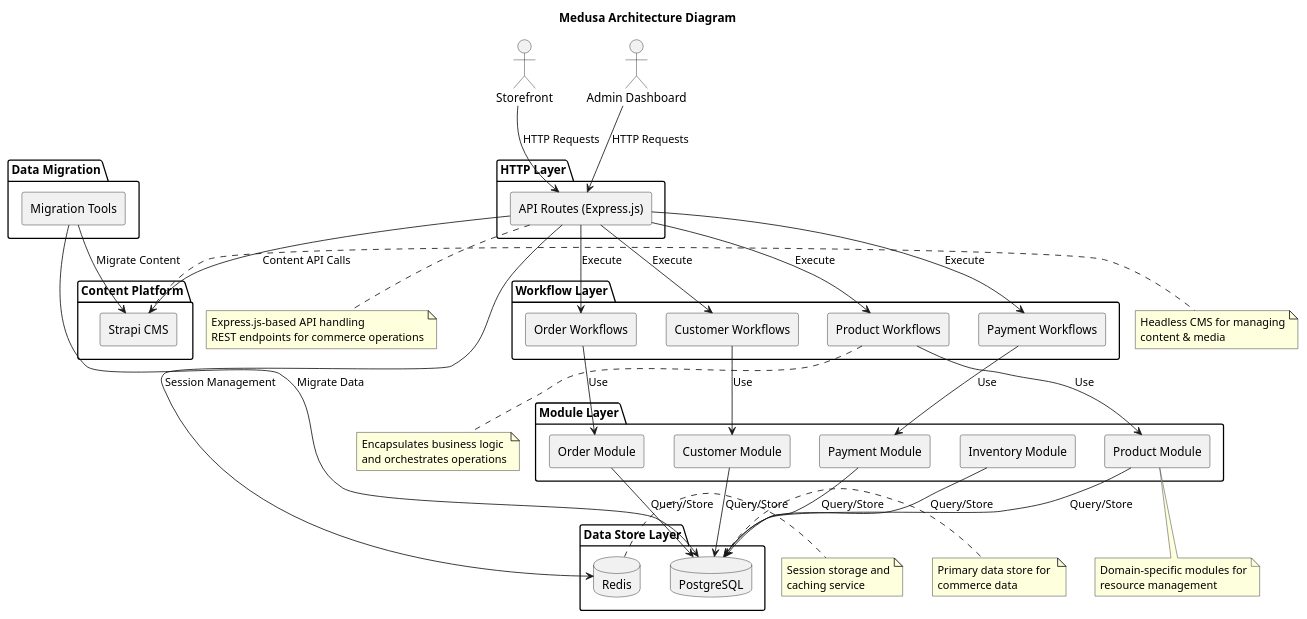
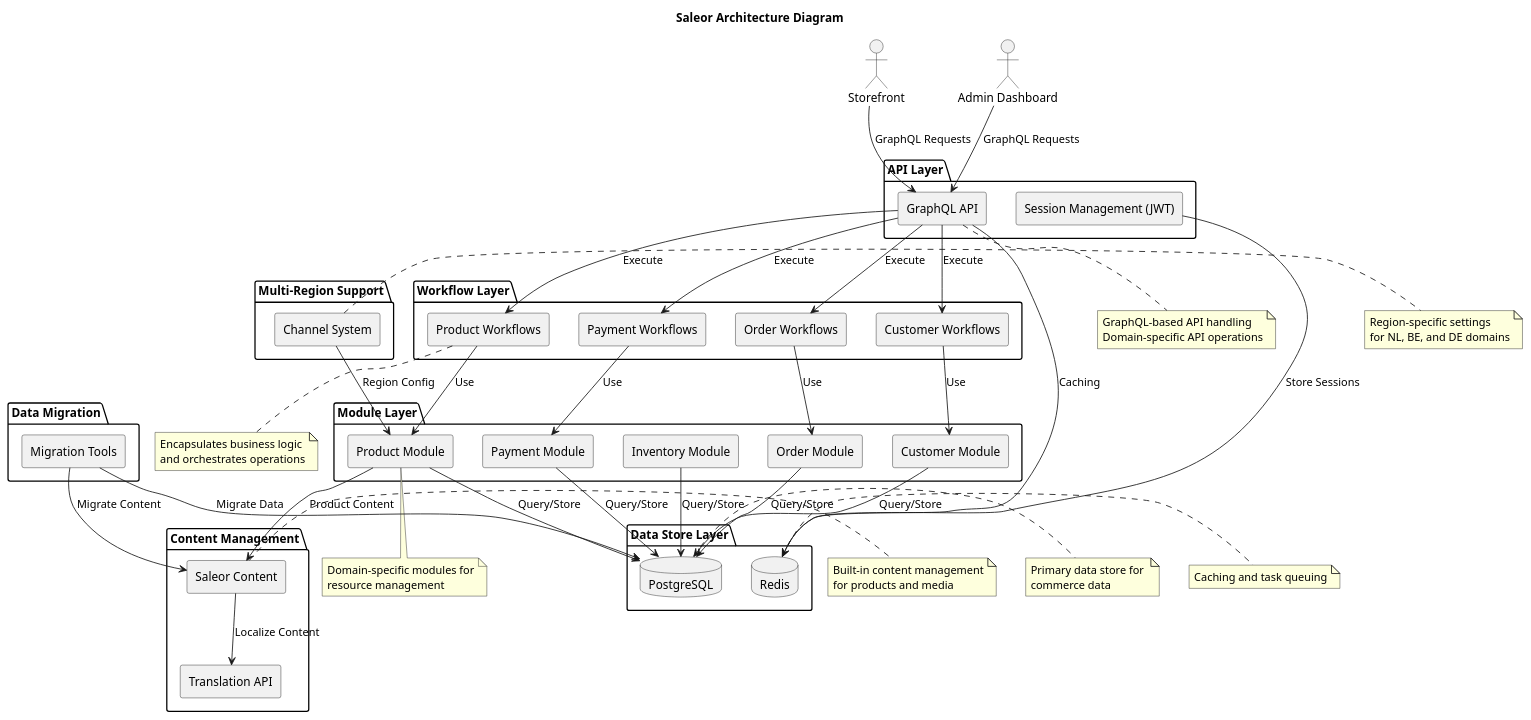
The diagram in src/architecture/diagrams/architecture-diagram.puml (mprolabs/statamic-to-medusa-migration), drawn with PlantUML before and after one commit. The commit also changed 123 other files, not shown here.

```diff
--- a/src/architecture/diagrams/architecture-diagram.puml
+++ b/src/architecture/diagrams/architecture-diagram.puml
@@ -1,100 +1,114 @@
 @startuml
-title Medusa Architecture Diagram
+title Saleor Architecture Diagram
 
 ' Styling
 skinparam backgroundColor white
 skinparam componentStyle rectangle
 
 ' Client Layer
 actor "Storefront" as storefront
 actor "Admin Dashboard" as admin
 
-' HTTP Layer
-package "HTTP Layer" {
-  component "API Routes (Express.js)" as api
+' GraphQL API Layer
+package "API Layer" {
+  component "GraphQL API" as api
+  component "Session Management (JWT)" as session
 }
 note bottom of api
-  Express.js-based API handling
-  REST endpoints for commerce operations
+  GraphQL-based API handling
+  Domain-specific API operations
 end note
 
 ' Workflow Layer
 package "Workflow Layer" {
   component "Product Workflows" as product_wf
   component "Order Workflows" as order_wf
   component "Customer Workflows" as customer_wf
   component "Payment Workflows" as payment_wf
 }
 note bottom of product_wf
   Encapsulates business logic
   and orchestrates operations
 end note
 
 ' Module Layer
 package "Module Layer" {
   component "Product Module" as product_mod
   component "Order Module" as order_mod
   component "Customer Module" as customer_mod
   component "Payment Module" as payment_mod
   component "Inventory Module" as inventory_mod
 }
 note bottom of product_mod
   Domain-specific modules for
   resource management
 end note
 
 ' Data Store Layer
 package "Data Store Layer" {
   database "PostgreSQL" as postgres
   database "Redis" as redis
 }
 note right of postgres
   Primary data store for 
   commerce data
 end note
 note right of redis
-  Session storage and
-  caching service
+  Caching and task queuing
 end note
 
 ' Content Management
-package "Content Platform" {
-  component "Strapi CMS" as strapi
+package "Content Management" {
+  component "Saleor Content" as content
+  component "Translation API" as translations
 }
-note right of strapi
-  Headless CMS for managing
-  content & media
+note right of content
+  Built-in content management
+  for products and media
+end note
+
+' Channel Management
+package "Multi-Region Support" {
+  component "Channel System" as channels
+}
+note right of channels
+  Region-specific settings
+  for NL, BE, and DE domains
 end note
 
 ' Data Migration
 package "Data Migration" {
   component "Migration Tools" as migration
 }
 
 ' Connections
-storefront --> api : HTTP Requests
-admin --> api : HTTP Requests
+storefront --> api : GraphQL Requests
+admin --> api : GraphQL Requests
 
 api --> product_wf : Execute
 api --> order_wf : Execute
 api --> customer_wf : Execute
 api --> payment_wf : Execute
 
 product_wf --> product_mod : Use
 order_wf --> order_mod : Use
 customer_wf --> customer_mod : Use
 payment_wf --> payment_mod : Use
 
 product_mod --> postgres : Query/Store
 order_mod --> postgres : Query/Store
 customer_mod --> postgres : Query/Store
 payment_mod --> postgres : Query/Store
 inventory_mod --> postgres : Query/Store
 
-api --> redis : Session Management
-api --> strapi : Content API Calls
+api --> redis : Caching
+session --> redis : Store Sessions
+
+product_mod --> content : Product Content
+content --> translations : Localize Content
+channels --> product_mod : Region Config
 
 migration --> postgres : Migrate Data
-migration --> strapi : Migrate Content
+migration --> content : Migrate Content
 
 @enduml 
```
